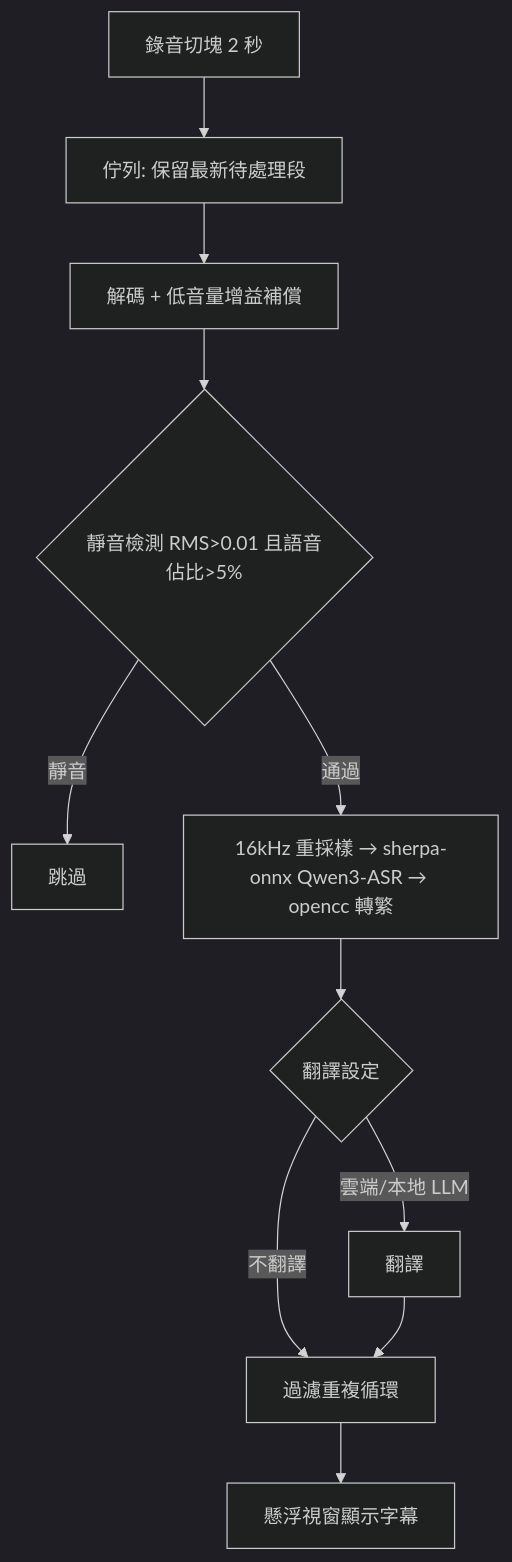
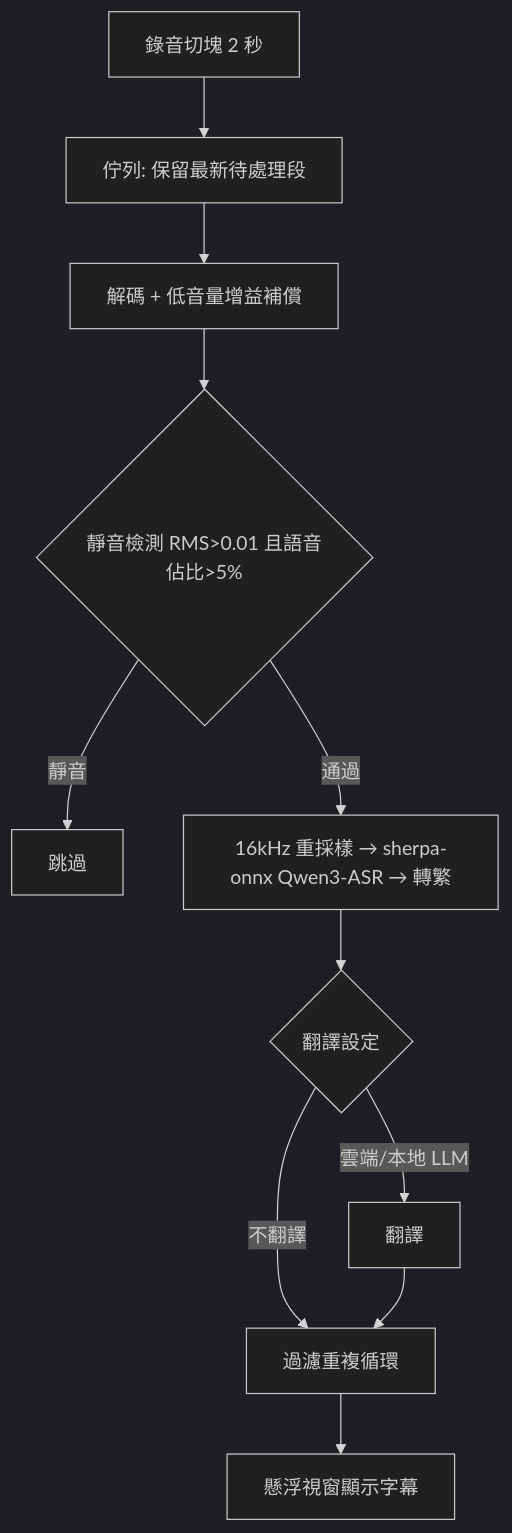
The diagram in README.md (RX5950XT/VoiceInk), drawn with Mermaid (dark theme) before and after one commit. The commit also changed other lines of this file and 3 other files, not shown here.

````diff
--- a/README.md
+++ b/README.md
@@ -95,13 +67,13 @@
 ```mermaid
 graph TD
     A[錄音切塊 2 秒] --> Q[佇列: 保留最新待處理段]
     Q --> B[解碼 + 低音量增益補償]
     B --> C{靜音檢測 RMS>0.01 且語音佔比>5%}
     C -- 靜音 --> X[跳過]
-    C -- 通過 --> E[16kHz 重採樣 → sherpa-onnx Qwen3-ASR → opencc 轉繁]
+    C -- 通過 --> E[16kHz 重採樣 → sherpa-onnx Qwen3-ASR → 轉繁]
     E --> T{翻譯設定}
     T -- 雲端/本地 LLM --> F[翻譯]
     T -- 不翻譯 --> G
     F --> G[過濾重複循環]
     G --> J[懸浮視窗顯示字幕]
 ```
````
